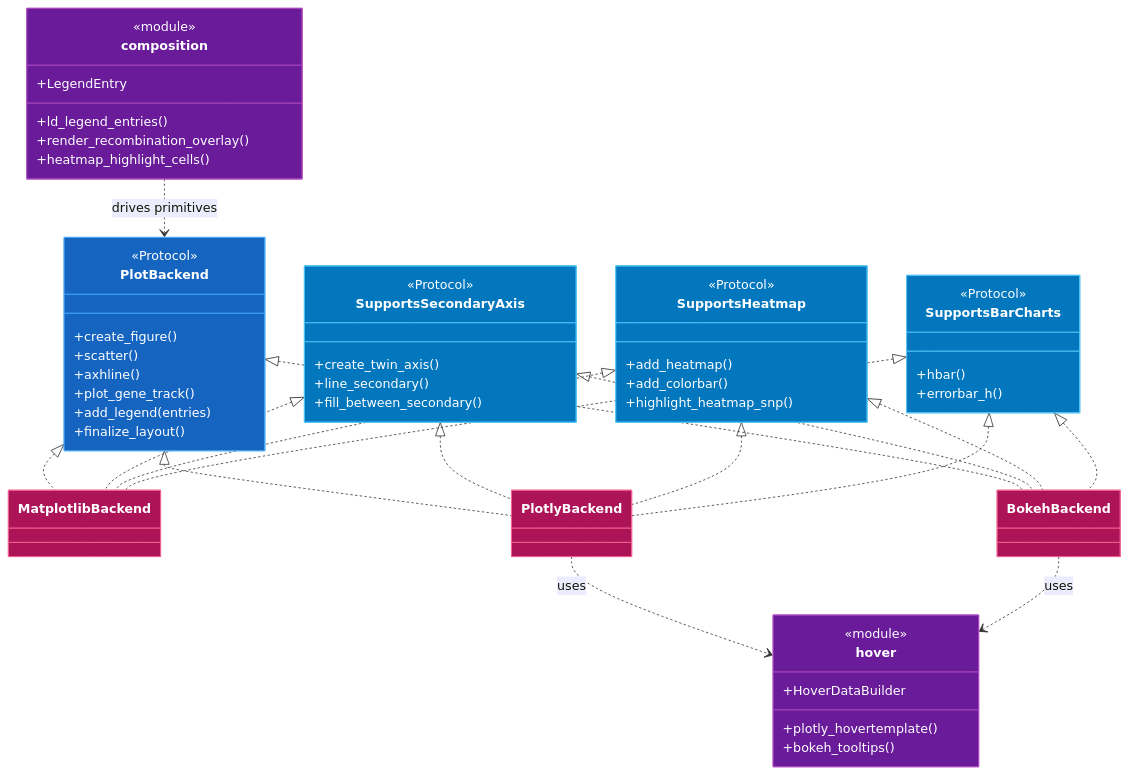
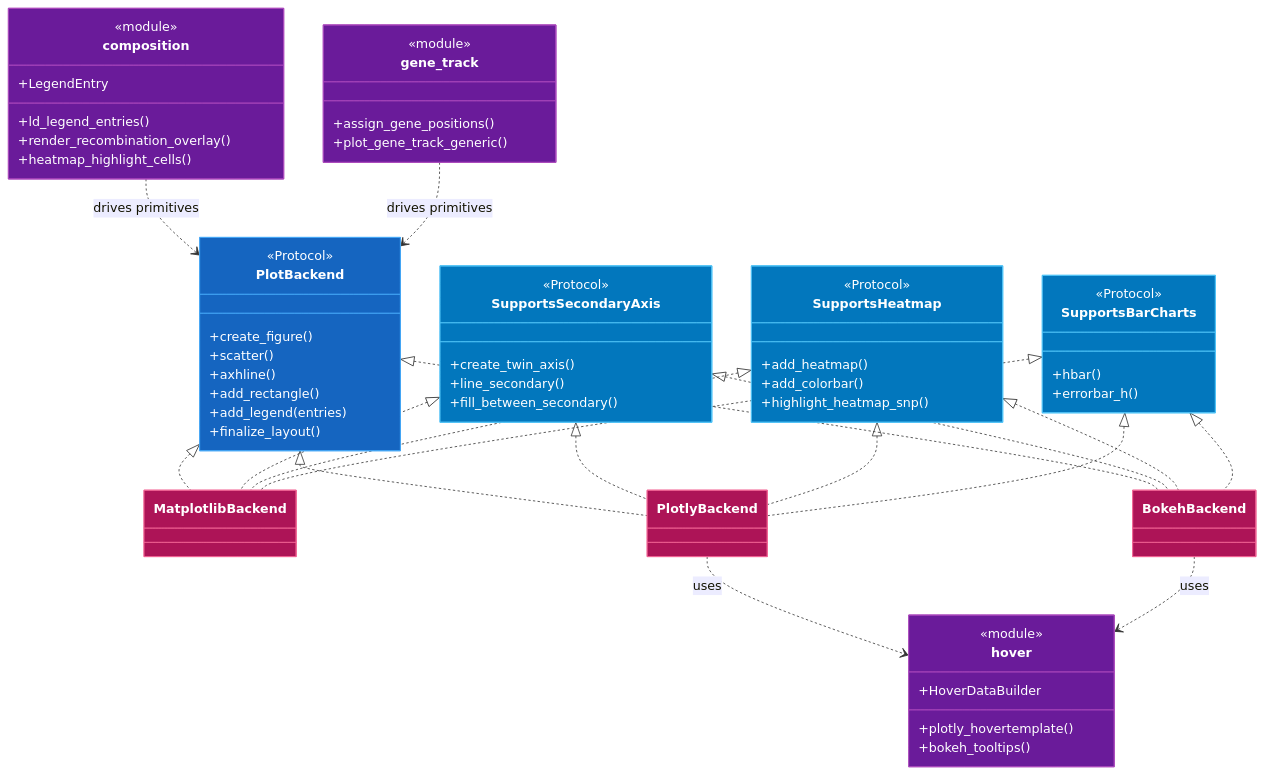
One commit to michael-denyer/pyLocusZoom changed the third of 3 diagrams in docs/CODEMAP.md. Above: the diagram before and after it, drawn with Mermaid. The commit also changed other lines of this file and 11 other files, not shown here.

````diff
--- a/docs/CODEMAP.md
+++ b/docs/CODEMAP.md
@@ -315,71 +321,78 @@
 ```mermaid
 classDiagram
     class PlotBackend {
         <<Protocol>>
         +create_figure()
         +scatter()
         +axhline()
-        +plot_gene_track()
+        +add_rectangle()
         +add_legend(entries)
         +finalize_layout()
     }
     class SupportsSecondaryAxis {
         <<Protocol>>
         +create_twin_axis()
         +line_secondary()
         +fill_between_secondary()
     }
     class SupportsHeatmap {
         <<Protocol>>
         +add_heatmap()
         +add_colorbar()
         +highlight_heatmap_snp()
     }
     class SupportsBarCharts {
         <<Protocol>>
         +hbar()
         +errorbar_h()
     }
     class composition {
         <<module>>
         +LegendEntry
         +ld_legend_entries()
         +render_recombination_overlay()
         +heatmap_highlight_cells()
     }
     class hover {
         <<module>>
         +HoverDataBuilder
         +plotly_hovertemplate()
         +bokeh_tooltips()
     }
+    class gene_track {
+        <<module>>
+        +assign_gene_positions()
+        +plot_gene_track_generic()
+    }
     class MatplotlibBackend
     class PlotlyBackend
     class BokehBackend
 
     PlotBackend <|.. MatplotlibBackend
     PlotBackend <|.. PlotlyBackend
     PlotBackend <|.. BokehBackend
     SupportsSecondaryAxis <|.. MatplotlibBackend
     SupportsSecondaryAxis <|.. PlotlyBackend
     SupportsSecondaryAxis <|.. BokehBackend
     SupportsHeatmap <|.. MatplotlibBackend
     SupportsHeatmap <|.. PlotlyBackend
     SupportsHeatmap <|.. BokehBackend
     SupportsBarCharts <|.. MatplotlibBackend
     SupportsBarCharts <|.. PlotlyBackend
     SupportsBarCharts <|.. BokehBackend
     composition ..> PlotBackend : drives primitives
+    gene_track ..> PlotBackend : drives primitives
     PlotlyBackend ..> hover : uses
     BokehBackend ..> hover : uses
 
     style PlotBackend fill:#1565c0,stroke:#42a5f5,color:#ffffff
     style SupportsSecondaryAxis fill:#0277bd,stroke:#4fc3f7,color:#ffffff
     style SupportsHeatmap fill:#0277bd,stroke:#4fc3f7,color:#ffffff
     style SupportsBarCharts fill:#0277bd,stroke:#4fc3f7,color:#ffffff
     style MatplotlibBackend fill:#ad1457,stroke:#f06292,color:#ffffff
     style PlotlyBackend fill:#ad1457,stroke:#f06292,color:#ffffff
     style BokehBackend fill:#ad1457,stroke:#f06292,color:#ffffff
     style composition fill:#6a1b9a,stroke:#ab47bc,color:#ffffff
     style hover fill:#6a1b9a,stroke:#ab47bc,color:#ffffff
+    style gene_track fill:#6a1b9a,stroke:#ab47bc,color:#ffffff
 ```
````
